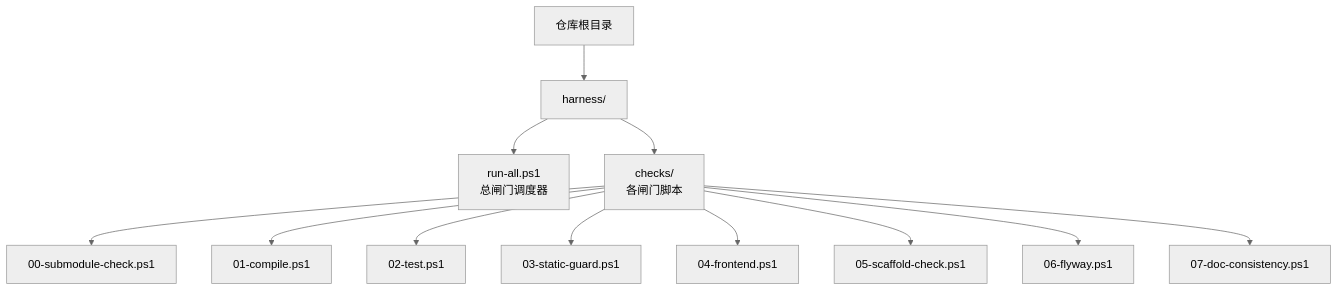
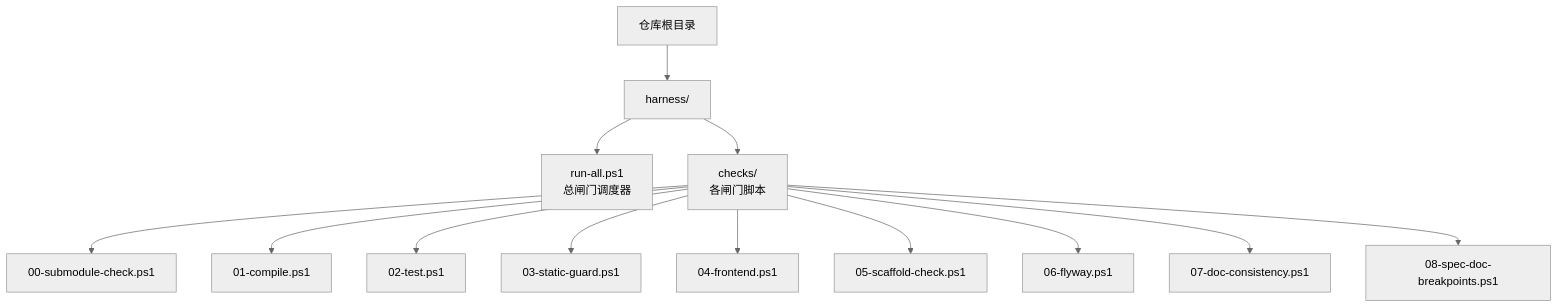
The first of 12 diagrams in .qoder/repowiki/zh/content/自动化验证/自动化验证.md (luyitiger6/my-first-project), drawn with Mermaid (neutral theme) before and after one commit. The commit also changed other lines of this file and 41 other files, not shown here.

````diff
--- a/.qoder/repowiki/zh/content/自动化验证/自动化验证.md
+++ b/.qoder/repowiki/zh/content/自动化验证/自动化验证.md
@@ -54,14 +57,15 @@
 ```mermaid
 graph TB
 root["仓库根目录"] --> harness["harness/"]
 harness --> run_all["run-all.ps1<br/>总闸门调度器"]
 harness --> checks["checks/<br/>各闸门脚本"]
 checks --> g0["00-submodule-check.ps1"]
 checks --> g1["01-compile.ps1"]
 checks --> g2["02-test.ps1"]
 checks --> g3["03-static-guard.ps1"]
 checks --> g4["04-frontend.ps1"]
 checks --> g5["05-scaffold-check.ps1"]
 checks --> g6["06-flyway.ps1"]
 checks --> g7["07-doc-consistency.ps1"]
+checks --> g8["08-spec-doc-breakpoints.ps1"]
 ```
````
